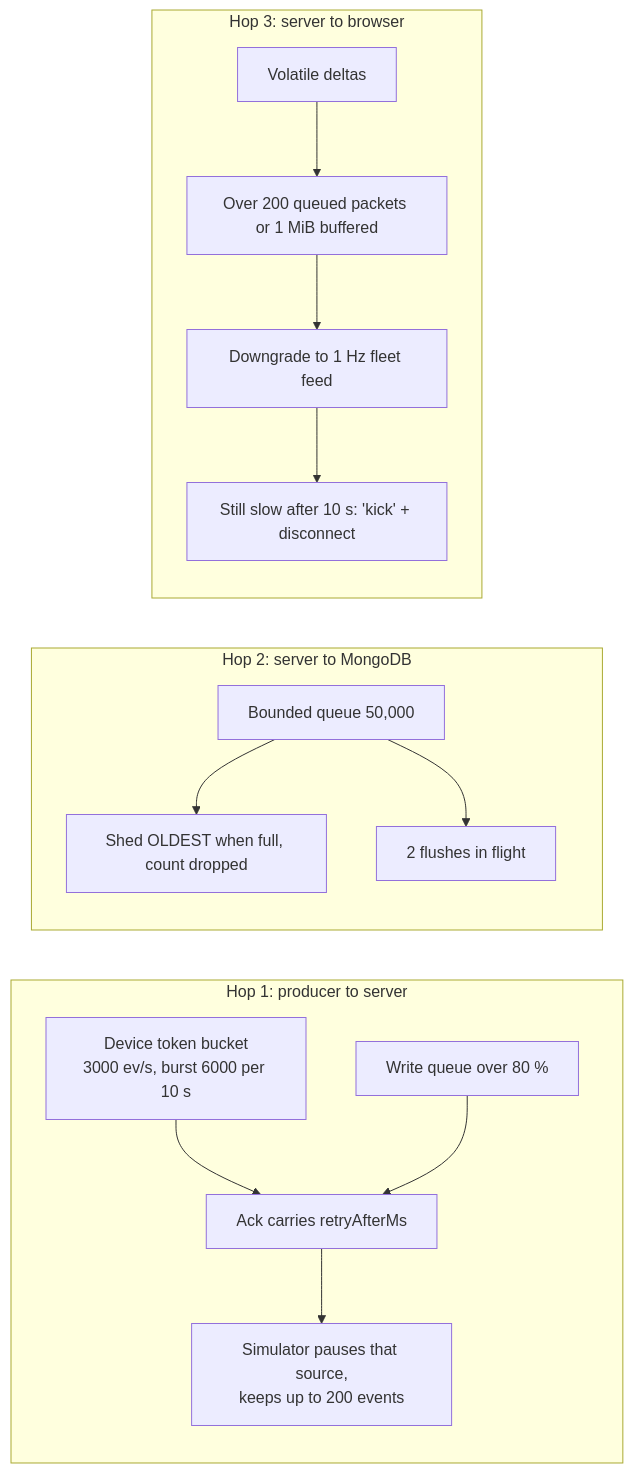
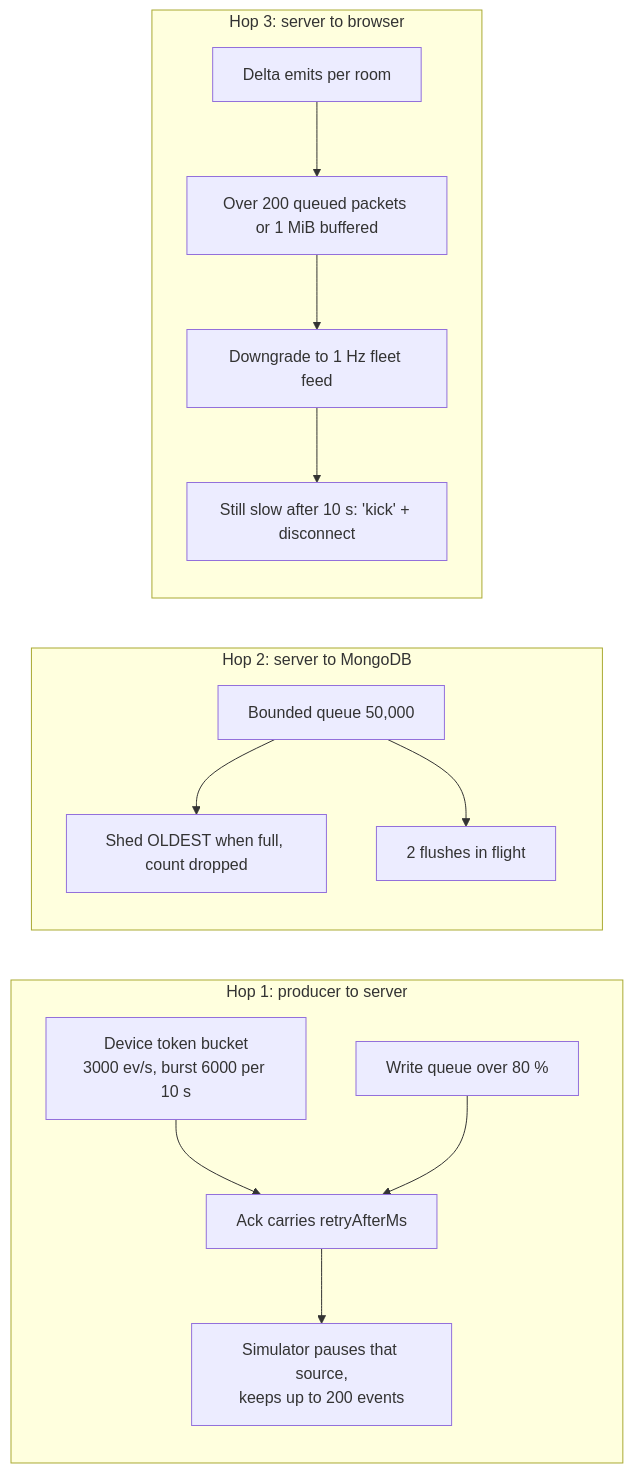
One commit to Amogh-Gurudatta/orbitops changed the second of 4 diagrams in docs/REALTIME.md. Above: the diagram before and after it, drawn with Mermaid. The commit also changed other lines of this file and 6 other files, not shown here.

````diff
--- a/docs/REALTIME.md
+++ b/docs/REALTIME.md
@@ -143,25 +147,25 @@
 ```mermaid
 flowchart LR
   subgraph A["Hop 1: producer to server"]
     A1["Device token bucket<br/>3000 ev/s, burst 6000 per 10 s"]
     A2["Write queue over 80 %"]
     A3["Ack carries retryAfterMs"]
     A4["Simulator pauses that source,<br/>keeps up to 200 events"]
     A1 --> A3
     A2 --> A3 --> A4
   end
   subgraph B["Hop 2: server to MongoDB"]
     B1["Bounded queue 50,000"]
     B2["Shed OLDEST when full, count dropped"]
     B3["2 flushes in flight"]
     B1 --> B2
     B1 --> B3
   end
   subgraph C["Hop 3: server to browser"]
-    C1["Volatile deltas"]
+    C1["Delta emits per room"]
     C2["Over 200 queued packets or 1 MiB buffered"]
     C3["Downgrade to 1 Hz fleet feed"]
     C4["Still slow after 10 s: 'kick' + disconnect"]
     C1 --> C2 --> C3 --> C4
   end
 ```
````
